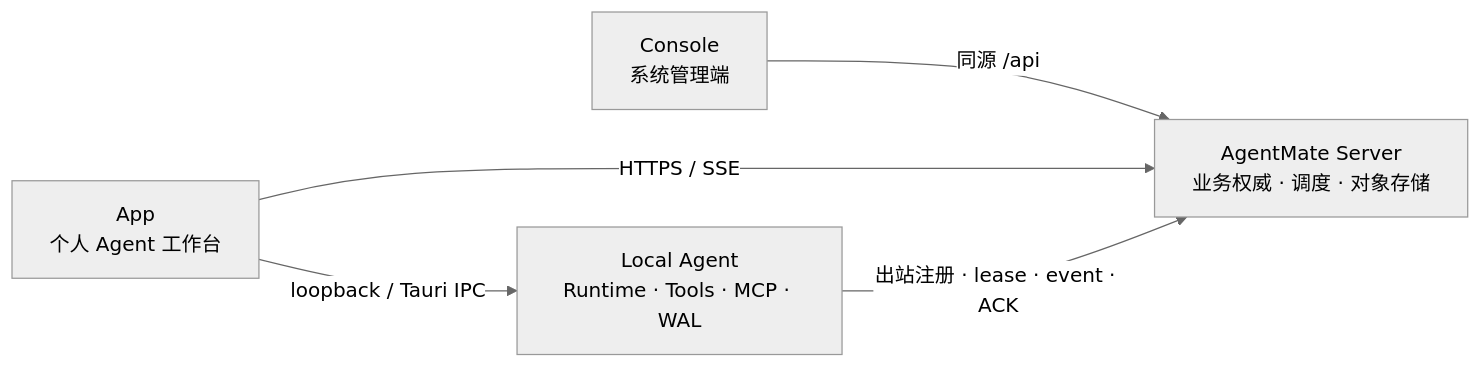
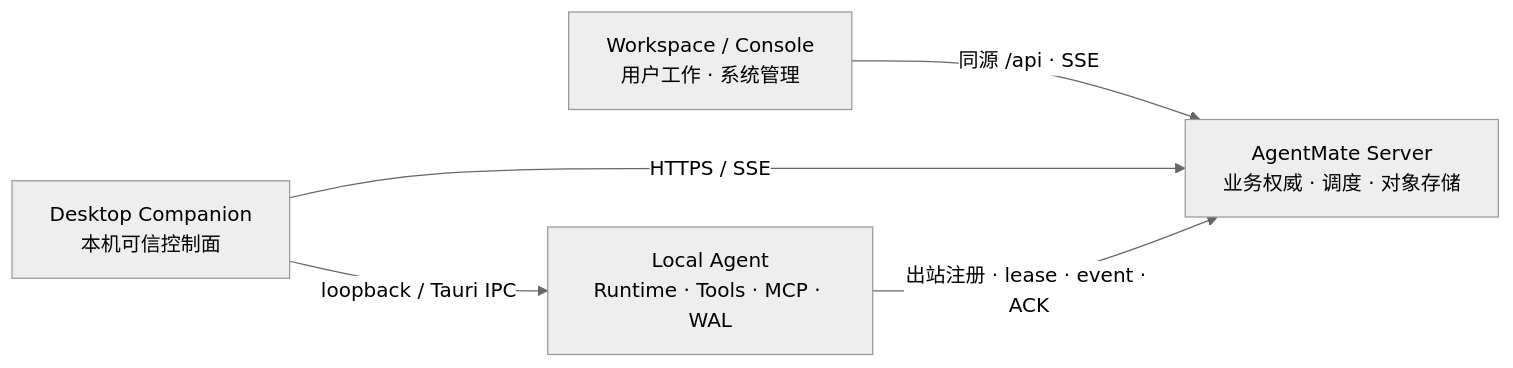
The first of 2 diagrams in docs/agentmate-server-first-架构设计.md (chenqilscy/agent-mate), drawn with Mermaid (neutral theme) before and after one commit. The commit also changed other lines of this file and 17 other files, not shown here.

Commit message:
feat(WB-517): establish Server Workspace and desktop companion

````diff
--- a/docs/agentmate-server-first-架构设计.md
+++ b/docs/agentmate-server-first-架构设计.md
@@ -22,7 +24,7 @@
 ```mermaid
 flowchart LR
-    Console["Console<br/>系统管理端"] -->|"同源 /api"| Server["AgentMate Server<br/>业务权威 · 调度 · 对象存储"]
-    App["App<br/>个人 Agent 工作台"] -->|"HTTPS / SSE"| Server
-    App -->|"loopback / Tauri IPC"| Local["Local Agent<br/>Runtime · Tools · MCP · WAL"]
+    Web["Workspace / Console<br/>用户工作 · 系统管理"] -->|"同源 /api · SSE"| Server["AgentMate Server<br/>业务权威 · 调度 · 对象存储"]
+    Desktop["Desktop Companion<br/>本机可信控制面"] -->|"HTTPS / SSE"| Server
+    Desktop -->|"loopback / Tauri IPC"| Local["Local Agent<br/>Runtime · Tools · MCP · WAL"]
     Local -->|"出站注册 · lease · event · ACK"| Server
 ```
````
